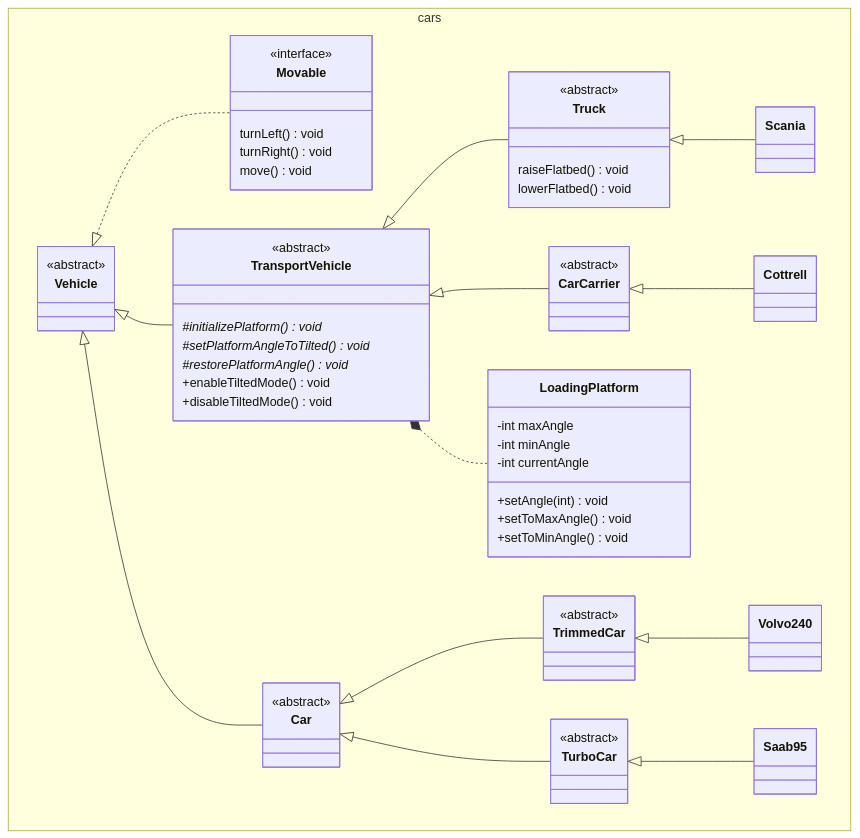
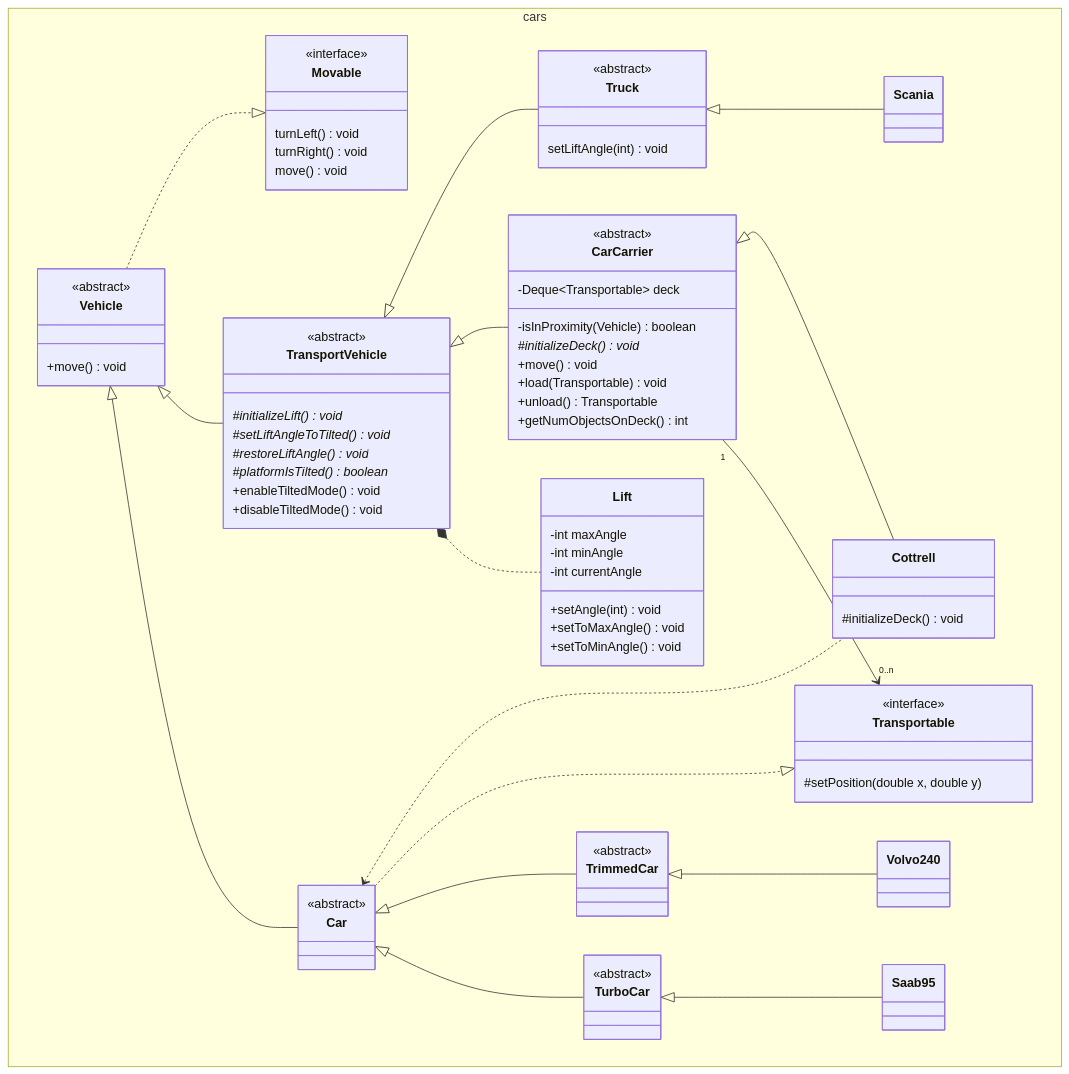
One commit to hasicx/TDA553-lab1 changed the diagram in docs/class-diagram.md. Above: the diagram before and after it, drawn with Mermaid.

Commit message:
docs: Finalize class diagram

```diff
--- a/docs/class-diagram.md
+++ b/docs/class-diagram.md
@@ -3,6 +3,10 @@
 classDiagram
 
   namespace cars {
+
+    class Transportable {
+      #setPosition(double x, double y)
+    }
 
     class Movable{
       turnLeft() void
@@ -11,32 +15,40 @@
     }
 
     class Vehicle {
+      +move() void
     }
 
     class TransportVehicle {
-      #initializePlatform() void*
-      #setPlatformAngleToTilted() void*
-      #restorePlatformAngle() void*
+      #initializeLift() void*
+      #setLiftAngleToTilted() void*
+      #restoreLiftAngle() void*
+      #platformIsTilted() boolean*
       +enableTiltedMode() void
       +disableTiltedMode() void
     }
 
     class CarCarrier {
+      -Deque~Transportable~ deck
+      -isInProximity(Vehicle) boolean
+      #initializeDeck() void*
+      +move() void
+      +load(Transportable) void
+      +unload() Transportable
+      +getNumObjectsOnDeck() int
     }
 
     class Cottrell {
+      #initializeDeck() void
     }
 
     class Truck {
-      
-      raiseFlatbed() void
-      lowerFlatbed() void
+      setLiftAngle(int) void
     }
 
     class Scania {
     }
 
-    class LoadingPlatform {
+    class Lift {
       -int maxAngle
       -int minAngle
       -int currentAngle
@@ -69,15 +81,19 @@
   <<abstract>> TrimmedCar
   <<abstract>> TurboCar
   <<interface>> Movable
+  <<interface>> Transportable
 
-  Vehicle <|.. Movable
+  Vehicle ..|> Movable
   Vehicle <|-- TransportVehicle
   Vehicle <|-- Car
   TransportVehicle <|-- Truck
   TransportVehicle <|-- CarCarrier
-  TransportVehicle *.. LoadingPlatform
+  TransportVehicle *.. Lift
   Truck <|-- Scania
   CarCarrier <|-- Cottrell
+  Car <.. Cottrell
+  CarCarrier "1" --> "0..n" Transportable
+  Car ..|> Transportable
   Car <|-- TrimmedCar
   Car <|-- TurboCar
   TrimmedCar <|-- Volvo240
```
